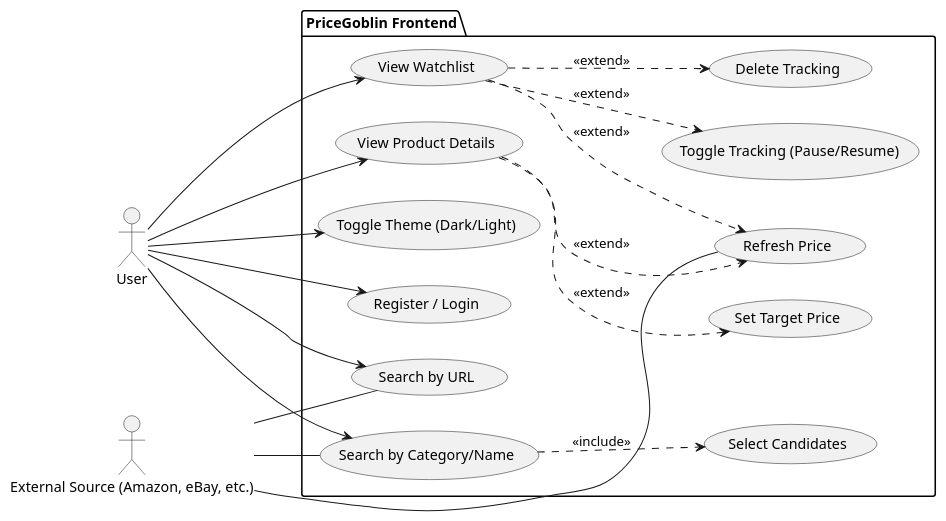
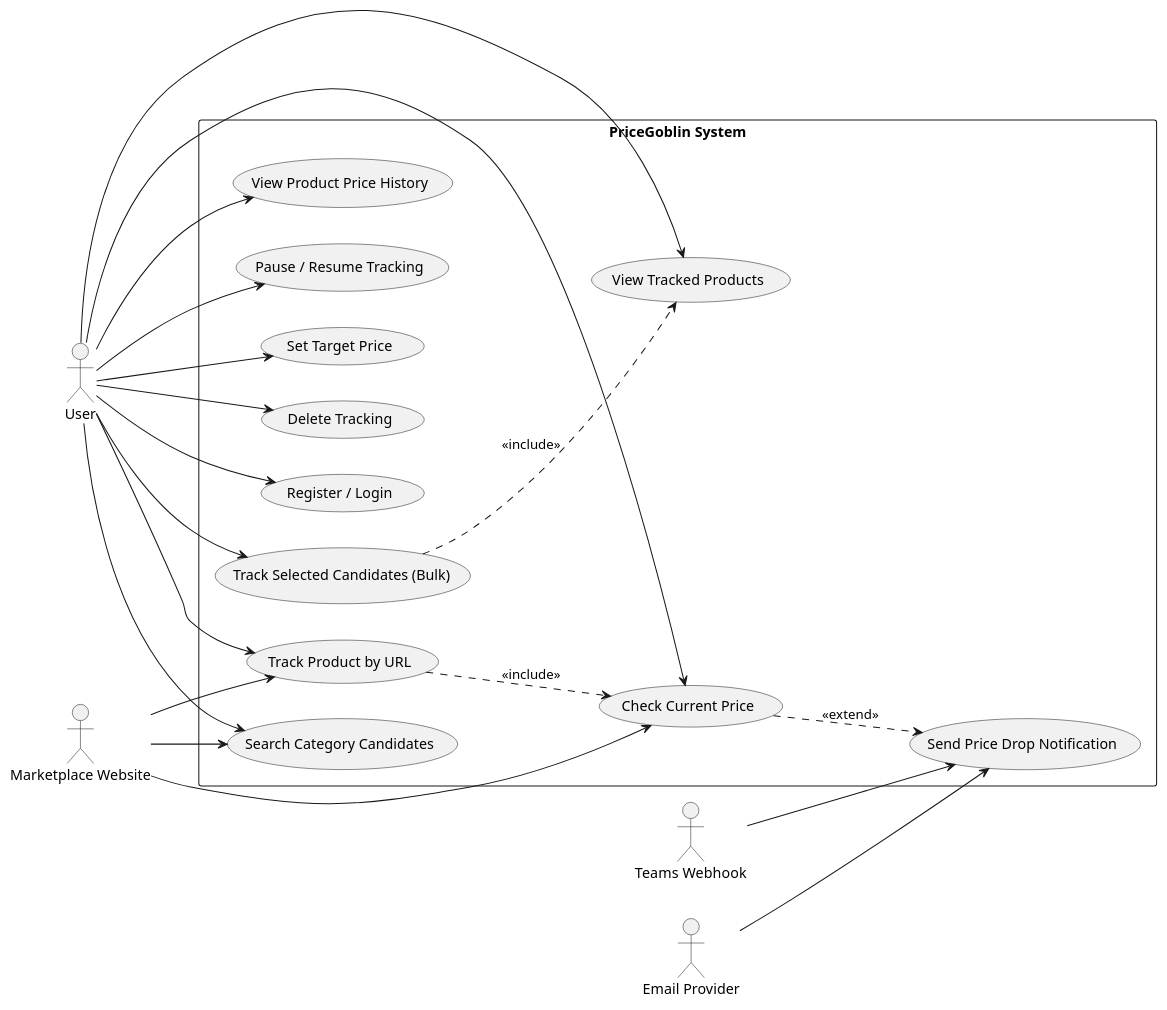
Before and after one commit to TheJokerGun/PriceGoblin: the diagram in docs/use_case.puml, drawn with PlantUML. The commit also changed 21 other files, not shown here.

First line of the commit message:
Add user manual, update diagrams, and enhance notification service

```diff
--- a/docs/use_case.puml
+++ b/docs/use_case.puml
@@ -1,37 +1,43 @@
-@startuml Use Case Diagram
+@startuml UseCaseDiagram
 left to right direction
-actor "User" as user
-actor "External Source (Amazon, eBay, etc.)" as source
 
-package "PriceGoblin Frontend" {
-  usecase "Register / Login" as login
-  usecase "Search by URL" as search_url
-  usecase "Search by Category/Name" as search_cat
-  usecase "Select Candidates" as select
-  usecase "View Watchlist" as view_watch
-  usecase "View Product Details" as view_details
-  usecase "Refresh Price" as refresh
-  usecase "Toggle Tracking (Pause/Resume)" as toggle
-  usecase "Delete Tracking" as delete
-  usecase "Set Target Price" as target
-  usecase "Toggle Theme (Dark/Light)" as theme
+actor "User" as User
+actor "Marketplace Website" as Marketplace
+actor "Email Provider" as Email
+actor "Teams Webhook" as Teams
+
+rectangle "PriceGoblin System" {
+  usecase "Register / Login" as UC_Login
+  usecase "Track Product by URL" as UC_TrackUrl
+  usecase "Search Category Candidates" as UC_ScrapeCategory
+  usecase "Track Selected Candidates (Bulk)" as UC_BulkTrack
+  usecase "View Tracked Products" as UC_ViewProducts
+  usecase "View Product Price History" as UC_ViewHistory
+  usecase "Check Current Price" as UC_CheckPrice
+  usecase "Pause / Resume Tracking" as UC_ToggleActive
+  usecase "Set Target Price" as UC_SetTarget
+  usecase "Delete Tracking" as UC_Delete
+  usecase "Send Price Drop Notification" as UC_Notify
 }
 
-user --> login
-user --> search_url
-user --> search_cat
-user --> view_watch
-user --> view_details
-user --> theme
+User --> UC_Login
+User --> UC_TrackUrl
+User --> UC_ScrapeCategory
+User --> UC_BulkTrack
+User --> UC_ViewProducts
+User --> UC_ViewHistory
+User --> UC_CheckPrice
+User --> UC_ToggleActive
+User --> UC_SetTarget
+User --> UC_Delete
 
-search_cat ..> select : <<include>>
-view_watch ..> refresh : <<extend>>
-view_watch ..> toggle : <<extend>>
-view_watch ..> delete : <<extend>>
-view_details ..> refresh : <<extend>>
-view_details ..> target : <<extend>>
+UC_TrackUrl ..> UC_CheckPrice : <<include>>
+UC_BulkTrack ..> UC_ViewProducts : <<include>>
+UC_CheckPrice ..> UC_Notify : <<extend>>
 
-source -- search_url
-source -- search_cat
-source -- refresh
+Marketplace --> UC_TrackUrl
+Marketplace --> UC_ScrapeCategory
+Marketplace --> UC_CheckPrice
+Email --> UC_Notify
+Teams --> UC_Notify
 @enduml
```
